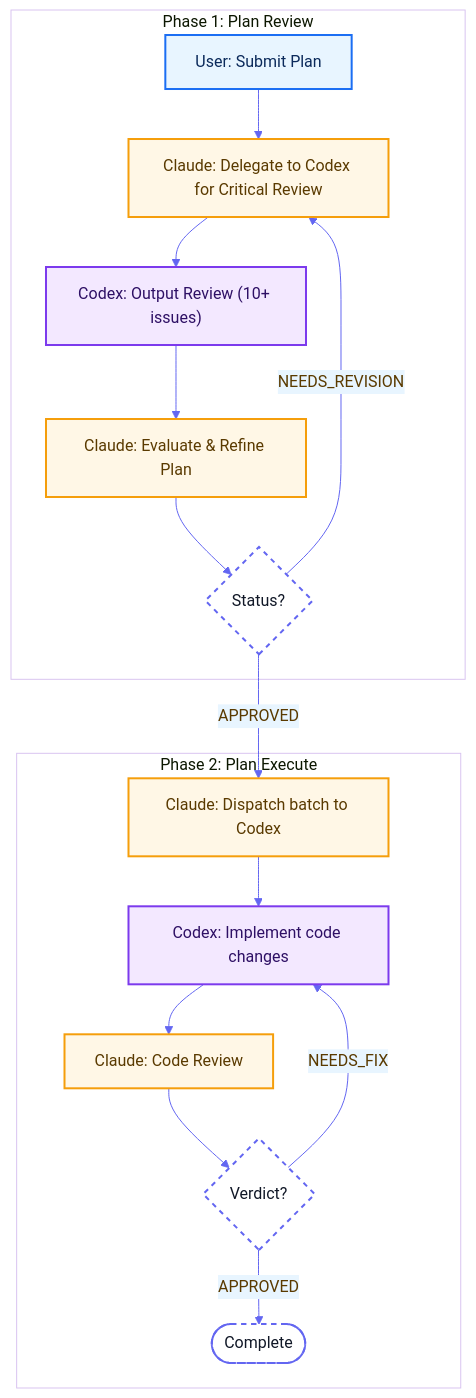
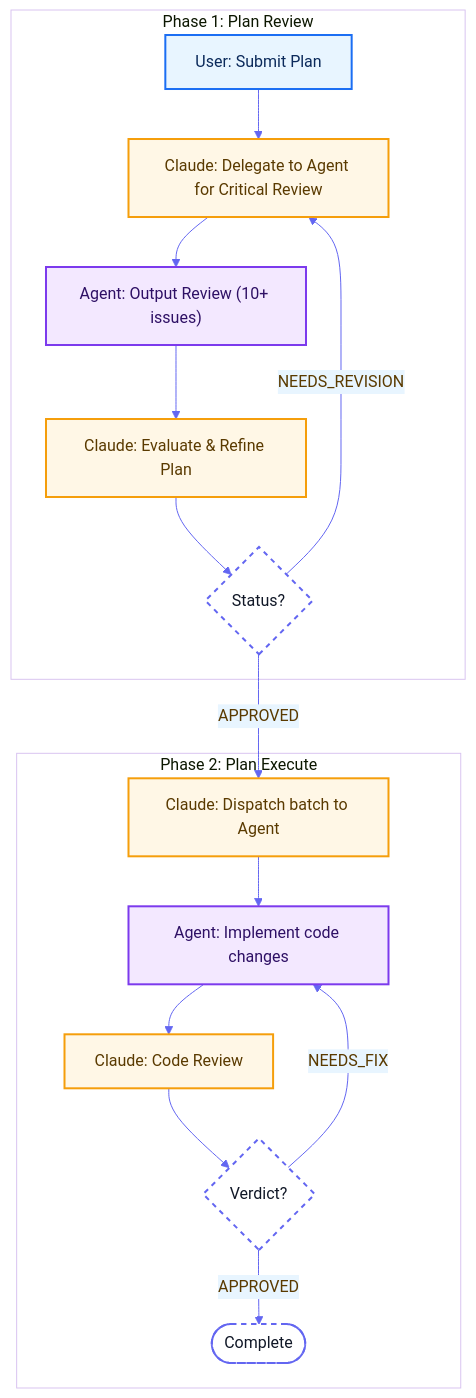
One commit to ZenStudioLab/skills changed the diagram in README.md. Above: the diagram before and after it, drawn with Mermaid. The commit also changed other lines of this file, not shown here.

First line of the commit message:
docs: update README with OpenCode CLI and provider override support

````diff
--- a/README.md
+++ b/README.md
@@ -96,31 +103,31 @@
 ```mermaid
 %%{init: {'theme': 'base', 'themeVariables': { 'clusterBkg': 'transparent', 'background': 'transparent', 'primaryColor': '#FFF7E6', 'primaryTextColor': '#5A3A00', 'primaryBorderColor': '#F59E0B', 'lineColor': '#6366F1', 'secondaryColor': '#E8F5FF', 'tertiaryColor': '#F3E8FF'}}}%%
 flowchart TB
   classDef user fill:#E8F5FF,stroke:#1B6EF3,stroke-width:2px,color:#0B2A5B,stroke-dasharray: 0;
   classDef claude fill:#FFF7E6,stroke:#F59E0B,stroke-width:2px,color:#5A3A00,stroke-dasharray: 0;
-  classDef codex fill:#F3E8FF,stroke:#7C3AED,stroke-width:2px,color:#2E1065,stroke-dasharray: 0;
+  classDef agent fill:#F3E8FF,stroke:#7C3AED,stroke-width:2px,color:#2E1065,stroke-dasharray: 0;
   classDef decision fill:#FFFFFF,stroke:#6366F1,stroke-width:2px,color:#111827,stroke-dasharray: 5 5;
 
   subgraph P1["Phase 1: Plan Review"]
     U1["User: Submit Plan"]:::user
-    C1["Claude: Delegate to Codex for Critical Review"]:::claude
-    X1["Codex: Output Review (10+ issues)"]:::codex
+    C1["Claude: Delegate to Agent for Critical Review"]:::claude
+    X1["Agent: Output Review (10+ issues)"]:::agent
     C2["Claude: Evaluate & Refine Plan"]:::claude
     D1{"Status?"}:::decision
     U1 --> C1 --> X1 --> C2 --> D1
     D1 -- "NEEDS_REVISION" --> C1
   end
 
   subgraph P2["Phase 2: Plan Execute"]
-    C3["Claude: Dispatch batch to Codex"]:::claude
-    X2["Codex: Implement code changes"]:::codex
+    C3["Claude: Dispatch batch to Agent"]:::claude
+    X2["Agent: Implement code changes"]:::agent
     C4["Claude: Code Review"]:::claude
     D2{"Verdict?"}:::decision
     Done([Complete]):::decision
     C3 --> X2 --> C4 --> D2
     D2 -- "NEEDS_FIX" --> X2
     D2 -- "APPROVED" --> Done
   end
 
   D1 -- "APPROVED" --> C3
 ```
````
